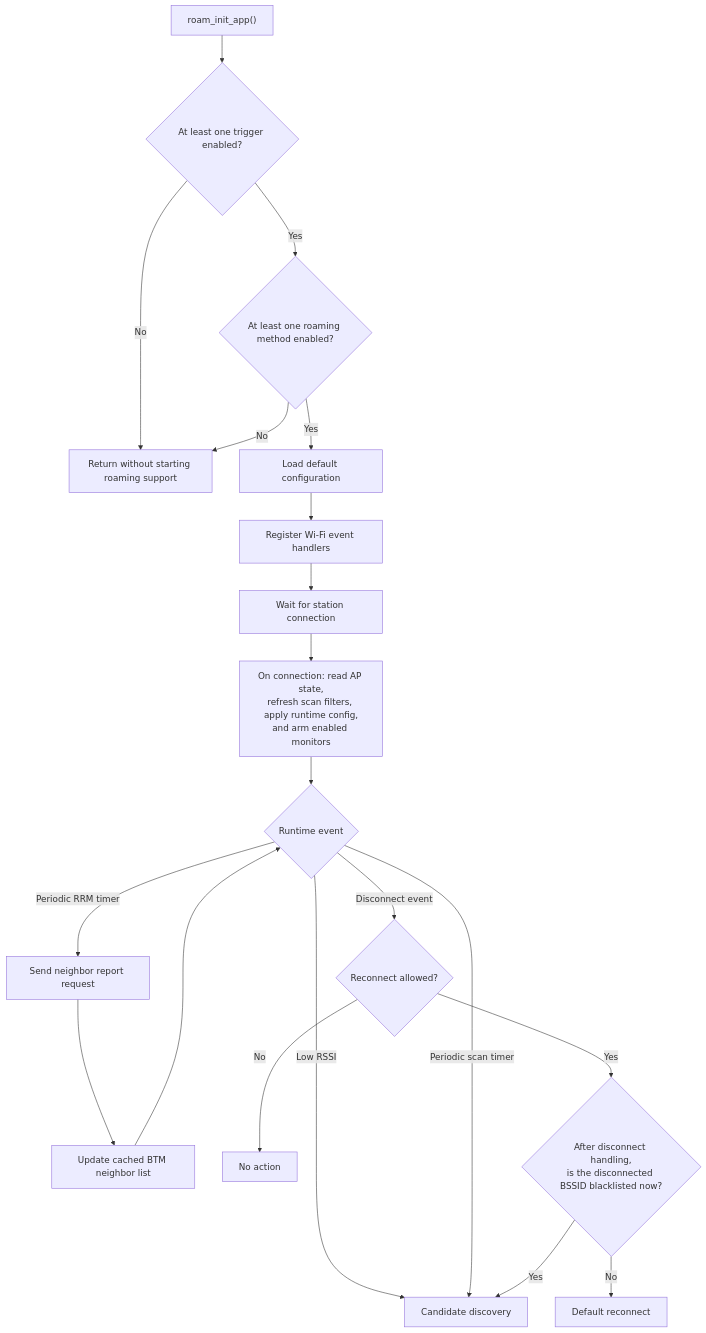
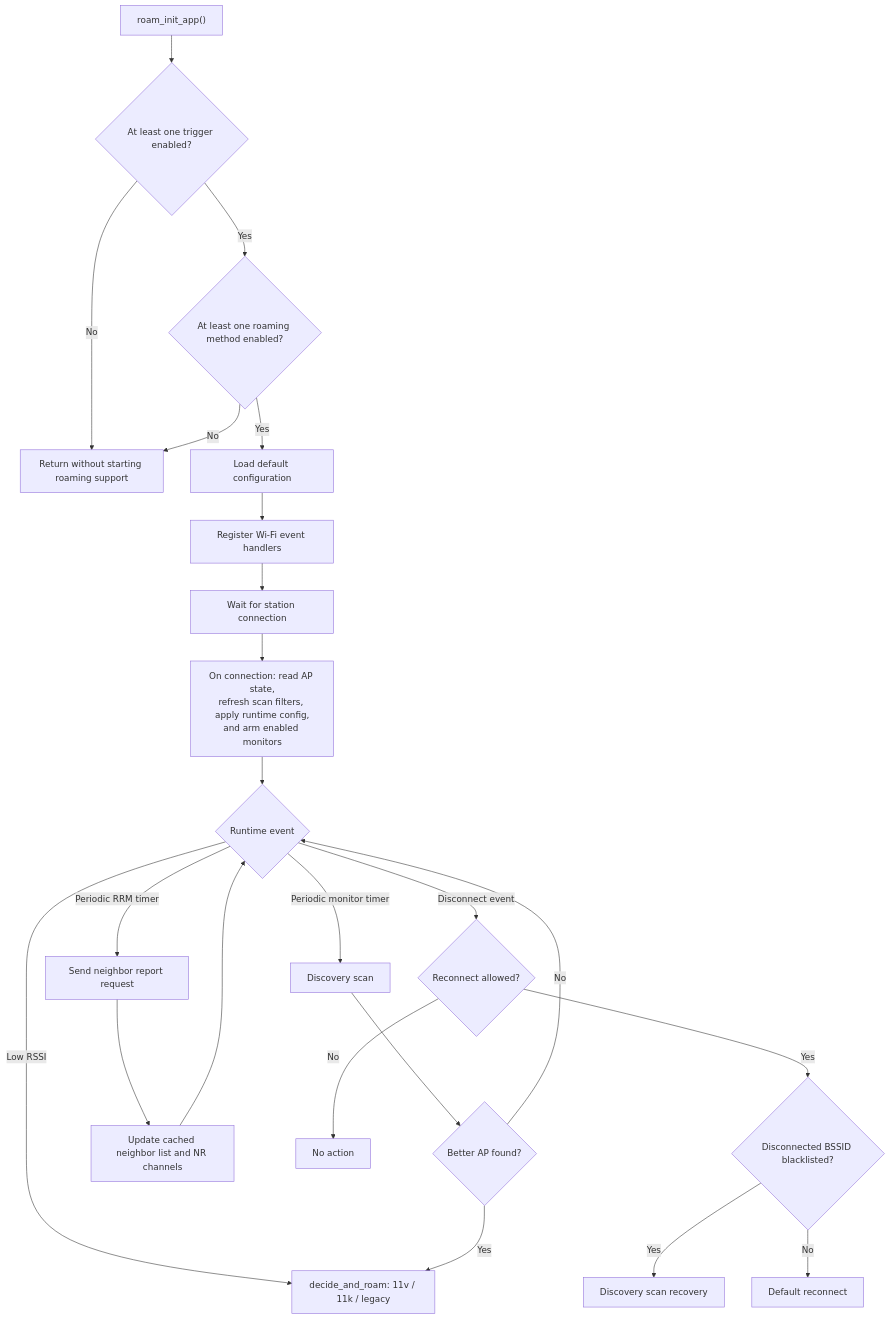
Before and after one commit to espressif/esp-idf: the second of 4 diagrams in components/esp_wifi/wifi_apps/roaming_app/src/ROAMING_FLOW.md, drawn with Mermaid. The commit also changed other lines of this file and 7 other files, not shown here.

````diff
--- a/components/esp_wifi/wifi_apps/roaming_app/src/ROAMING_FLOW.md
+++ b/components/esp_wifi/wifi_apps/roaming_app/src/ROAMING_FLOW.md
@@ -70,24 +76,27 @@
 ```mermaid
 flowchart TD
     A["roam_init_app()"] --> B{"At least one trigger enabled?"}
     B -- "No" --> X["Return without starting roaming support"]
     B -- "Yes" --> C{"At least one roaming method enabled?"}
     C -- "No" --> X
     C -- "Yes" --> D["Load default configuration"]
     D --> E["Register Wi-Fi event handlers"]
     E --> F["Wait for station connection"]
 
     F --> G["On connection: read AP state,<br/>refresh scan filters, apply runtime config,<br/>and arm enabled monitors"]
 
     G --> H{"Runtime event"}
-    H -- "Low RSSI" --> I["Candidate discovery"]
-    H -- "Periodic scan timer" --> I
+    H -- "Low RSSI" --> Decide["decide_and_roam: 11v / 11k / legacy"]
+    H -- "Periodic monitor timer" --> PerDisc["Discovery scan"]
+    PerDisc --> Better{"Better AP found?"}
+    Better -- "Yes" --> Decide
+    Better -- "No" --> H
     H -- "Periodic RRM timer" --> J["Send neighbor report request"]
-    J --> K["Update cached BTM neighbor list"]
+    J --> K["Update cached neighbor list and NR channels"]
     K --> H
     H -- "Disconnect event" --> L{"Reconnect allowed?"}
     L -- "No" --> M["No action"]
-    L -- "Yes" --> N{"After disconnect handling,<br/>is the disconnected BSSID blacklisted now?"}
-    N -- "Yes" --> I
+    L -- "Yes" --> N{"Disconnected BSSID blacklisted?"}
+    N -- "Yes" --> Disc["Discovery scan recovery"]
     N -- "No" --> O["Default reconnect"]
 ```
````
